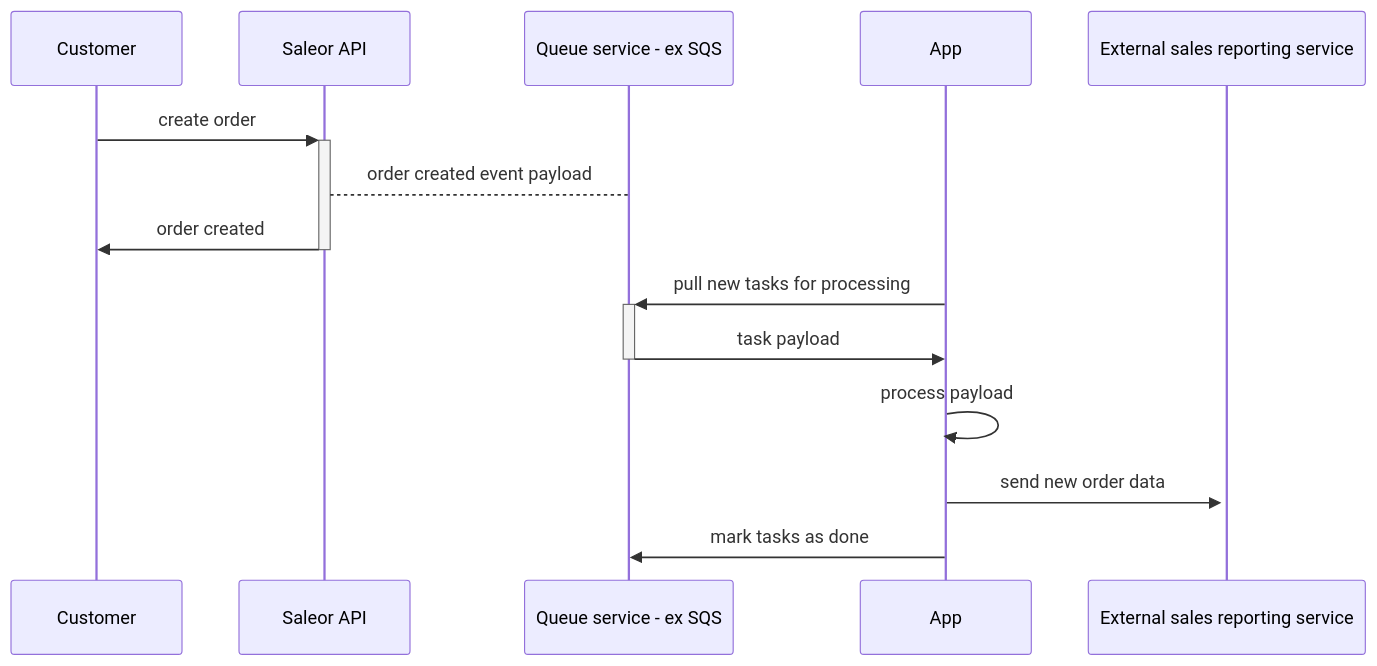
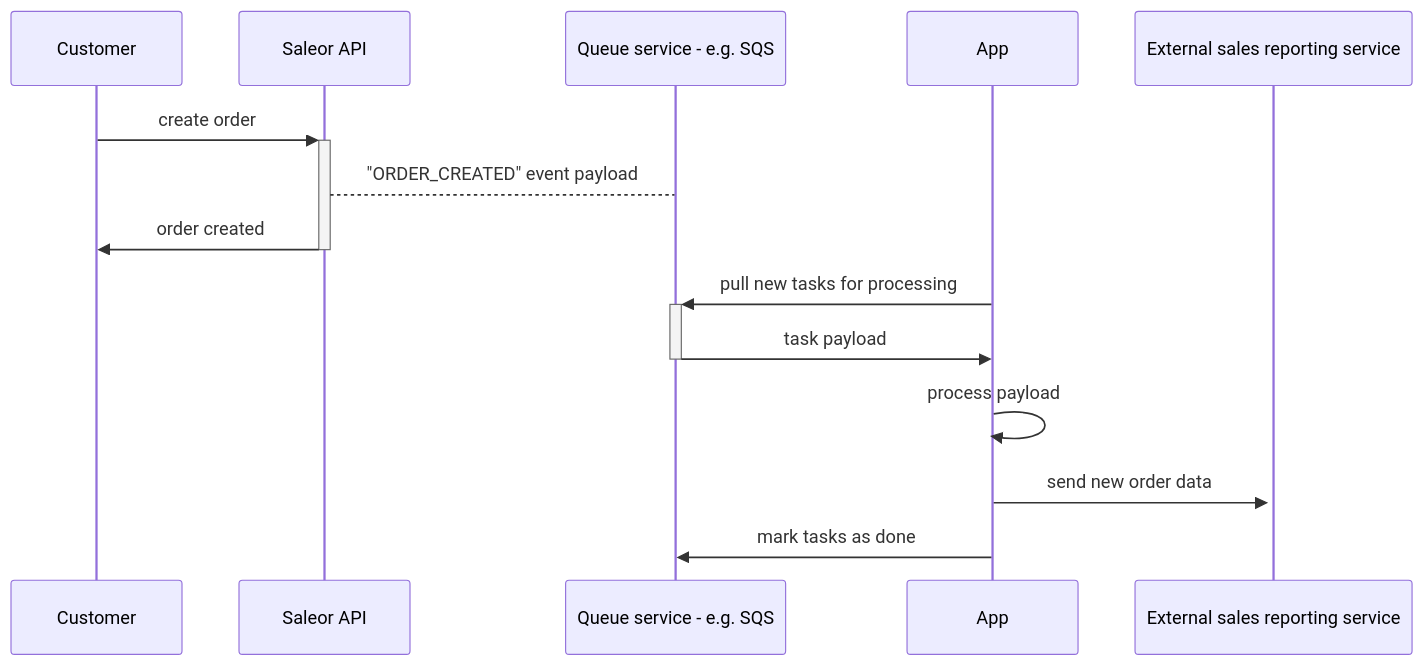
One commit to saleor/saleor-docs changed the second of 5 diagrams in docs/developer/extending/apps/architecture/communication-between-app-and-saleor.mdx. Above: the diagram before and after it, drawn with Mermaid. The commit also changed other lines of this file, not shown here.

````diff
--- a/docs/developer/extending/apps/architecture/communication-between-app-and-saleor.mdx
+++ b/docs/developer/extending/apps/architecture/communication-between-app-and-saleor.mdx
@@ -41,17 +42,17 @@
 ```mermaid
 sequenceDiagram
     participant c as Customer
     participant s as Saleor API
-    participant q as Queue service - ex SQS
+    participant q as Queue service - e.g. SQS
     participant a as App
     participant extSales as External sales reporting service
 
     c ->>+ s: create order
-    s --> q: order created event payload
+    s --> q: "ORDER_CREATED" event payload
     s ->>- c: order created
     a ->>+ q: pull new tasks for processing
     q ->>- a: task payload
     a ->> a: process payload
     a ->>+ extSales: send new order data
     a ->> q: mark tasks as done
 ```
````
